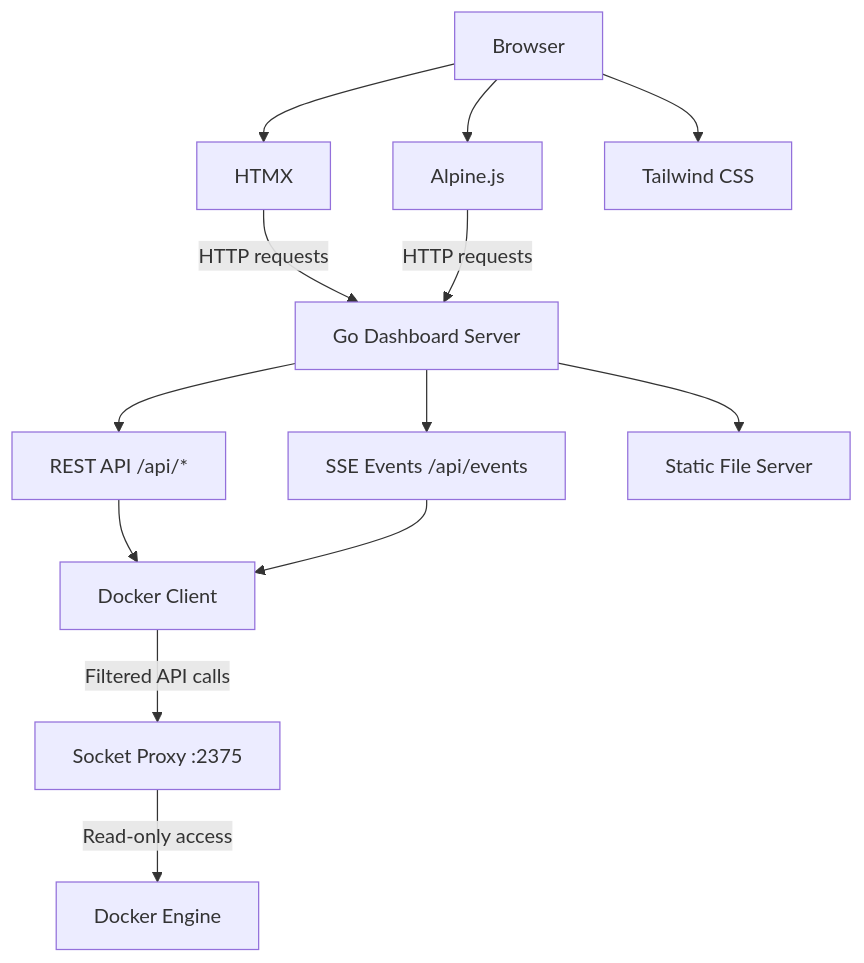
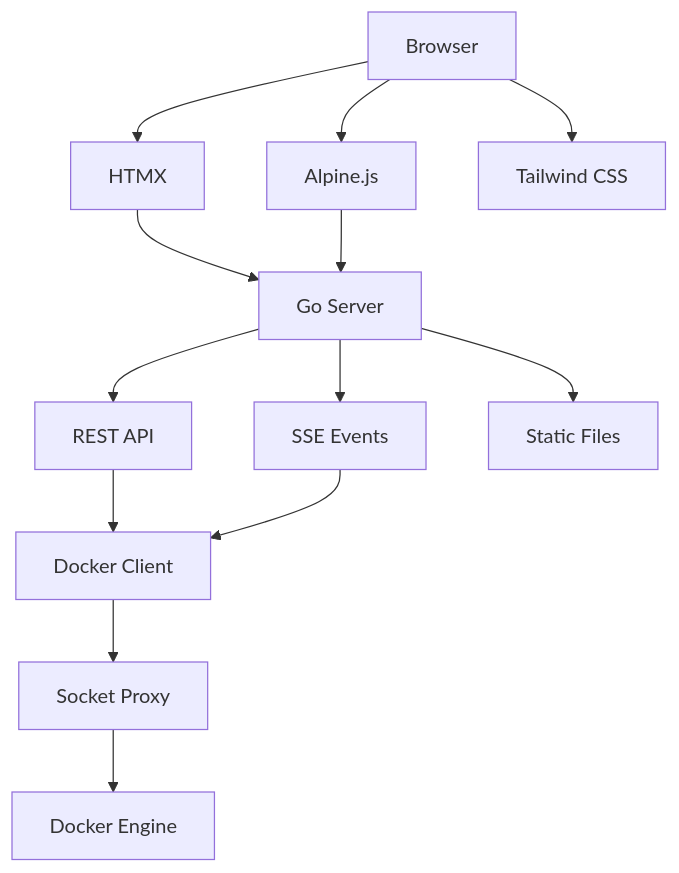
The first of 2 diagrams in docs/dashboard.md (peermesh/docker-lab-docs), drawn with Mermaid before and after one commit. The commit also changed 13 other files, not shown here.

First line of the commit message:
fix: improve diagram legibility and icon rendering

````diff
--- a/docs/dashboard.md
+++ b/docs/dashboard.md
@@ -55,27 +55,27 @@
 ```mermaid
 flowchart TB
     Browser["Browser"]
     HTMX["HTMX"]
     AlpineJS["Alpine.js"]
     Tailwind["Tailwind CSS"]
-    GoServer["Go Dashboard Server"]
-    RestAPI["REST API /api/*"]
-    SSEEndpoint["SSE Events /api/events"]
-    StaticFiles["Static File Server"]
+    GoServer["Go Server"]
+    RestAPI["REST API"]
+    SSEEndpoint["SSE Events"]
+    StaticFiles["Static Files"]
     DockerClient["Docker Client"]
-    SocketProxy["Socket Proxy :2375"]
+    SocketProxy["Socket Proxy"]
     DockerEngine["Docker Engine"]
 
     Browser --> HTMX
     Browser --> AlpineJS
     Browser --> Tailwind
-    HTMX -->|"HTTP requests"| GoServer
-    AlpineJS -->|"HTTP requests"| GoServer
+    HTMX --> GoServer
+    AlpineJS --> GoServer
     GoServer --> RestAPI
     GoServer --> SSEEndpoint
     GoServer --> StaticFiles
     RestAPI --> DockerClient
     SSEEndpoint --> DockerClient
-    DockerClient -->|"Filtered API calls"| SocketProxy
-    SocketProxy -->|"Read-only access"| DockerEngine
+    DockerClient --> SocketProxy
+    SocketProxy --> DockerEngine
 ```
````
